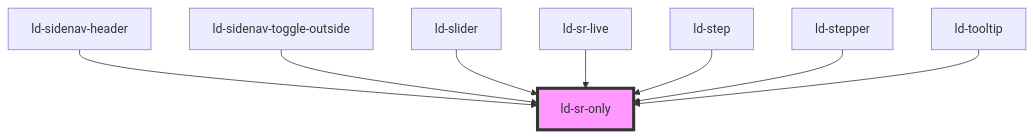
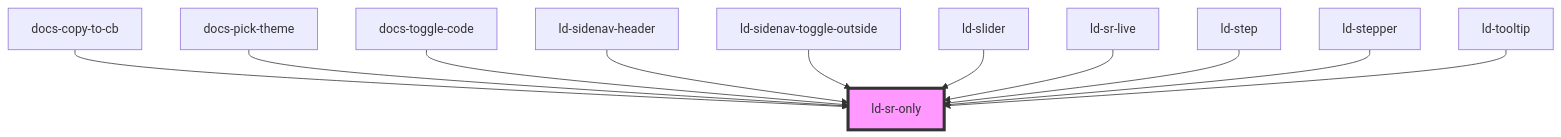
One commit to emdgroup-liquid/liquid changed the diagram in src/liquid/components/ld-sr-only/readme.md. Above: the diagram before and after it, drawn with Mermaid. The commit also changed other lines of this file and 16 other files, not shown here.

````diff
--- a/src/liquid/components/ld-sr-only/readme.md
+++ b/src/liquid/components/ld-sr-only/readme.md
@@ -59,11 +62,14 @@
 ```mermaid
 graph TD;
+  docs-copy-to-cb --> ld-sr-only
+  docs-pick-theme --> ld-sr-only
+  docs-toggle-code --> ld-sr-only
   ld-sidenav-header --> ld-sr-only
   ld-sidenav-toggle-outside --> ld-sr-only
   ld-slider --> ld-sr-only
   ld-sr-live --> ld-sr-only
   ld-step --> ld-sr-only
   ld-stepper --> ld-sr-only
   ld-tooltip --> ld-sr-only
   style ld-sr-only fill:#f9f,stroke:#333,stroke-width:4px
 ```
````
